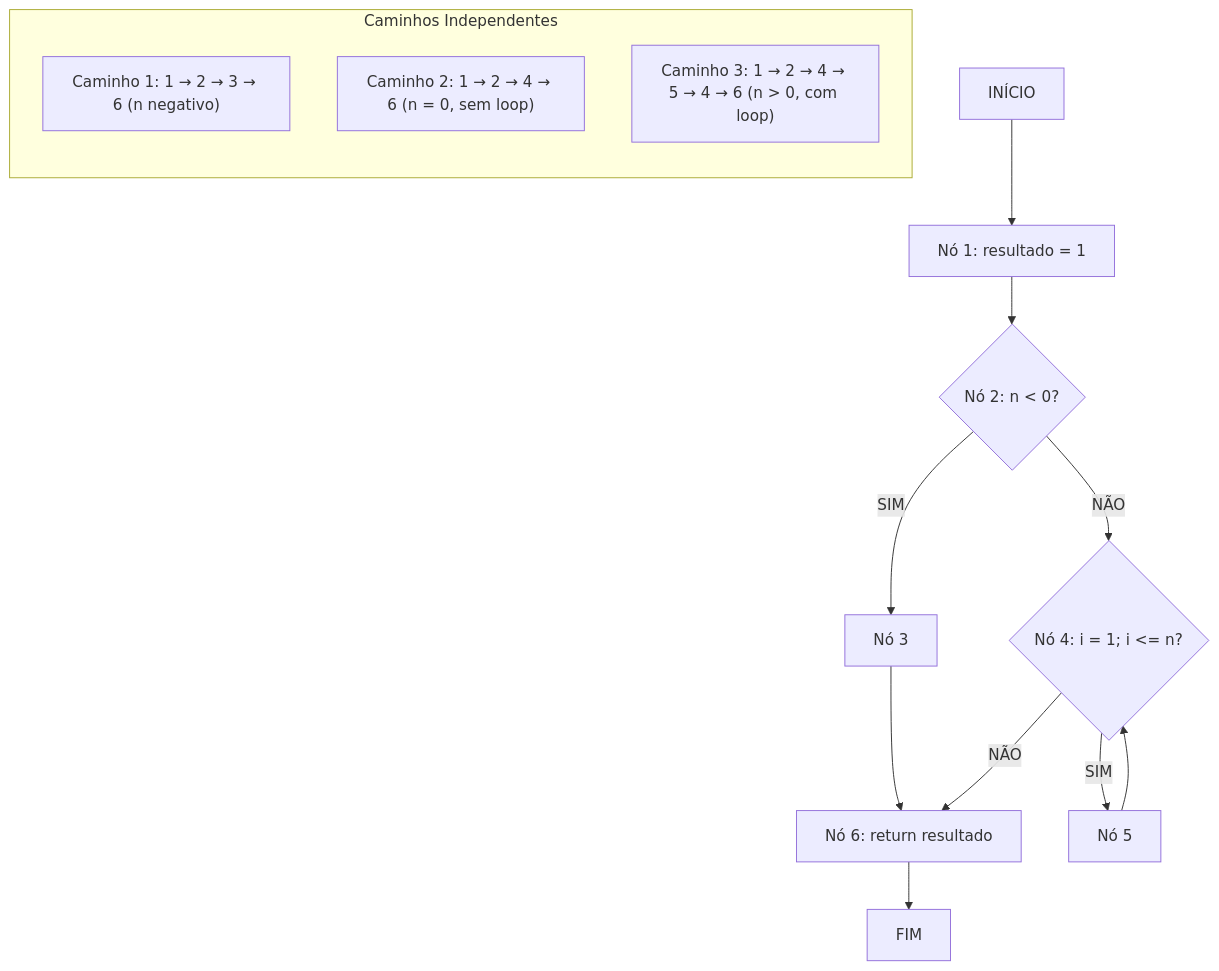
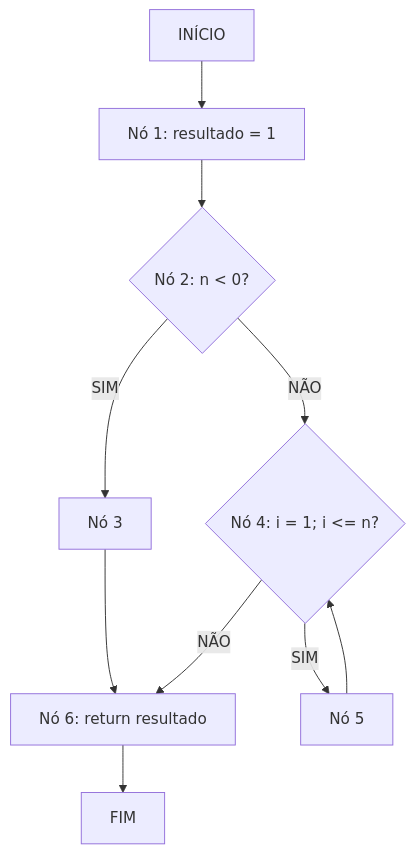
One commit to oguarni/avaliacao-vv changed the first of 2 diagrams in README.md. Above: the diagram before and after it, drawn with Mermaid.

````diff
--- a/README.md
+++ b/README.md
@@ -176,19 +176,12 @@
 ```mermaid
 graph TD
     A[INÍCIO] --> B[Nó 1: resultado = 1]
     B --> C{Nó 2: n < 0?}
     C -->|SIM| D[Nó 3]
     C -->|NÃO| E{Nó 4: i = 1; i <= n?}
     D --> G[Nó 6: return resultado]
     E -->|SIM| F[Nó 5]
     E -->|NÃO| G
     F --> E
     G --> H[FIM]
-    
-subgraph Caminhos["Caminhos Independentes"]
-       direction TB
-       P1["Caminho 1: 1 → 2 → 3 → 6 (n negativo)"]
-       P2["Caminho 2: 1 → 2 → 4 → 6 (n = 0, sem loop)"]
-       P3["Caminho 3: 1 → 2 → 4 → 5 → 4 → 6 (n > 0, com loop)"]
-    end
 ```
````
